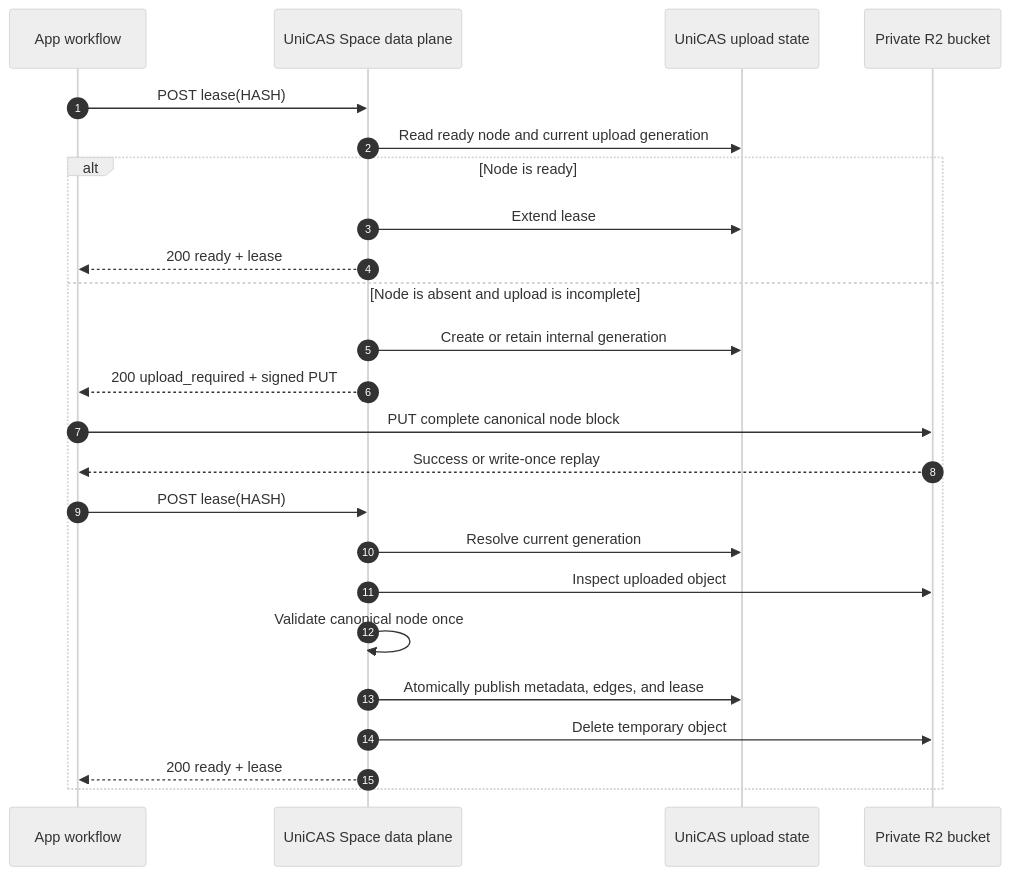
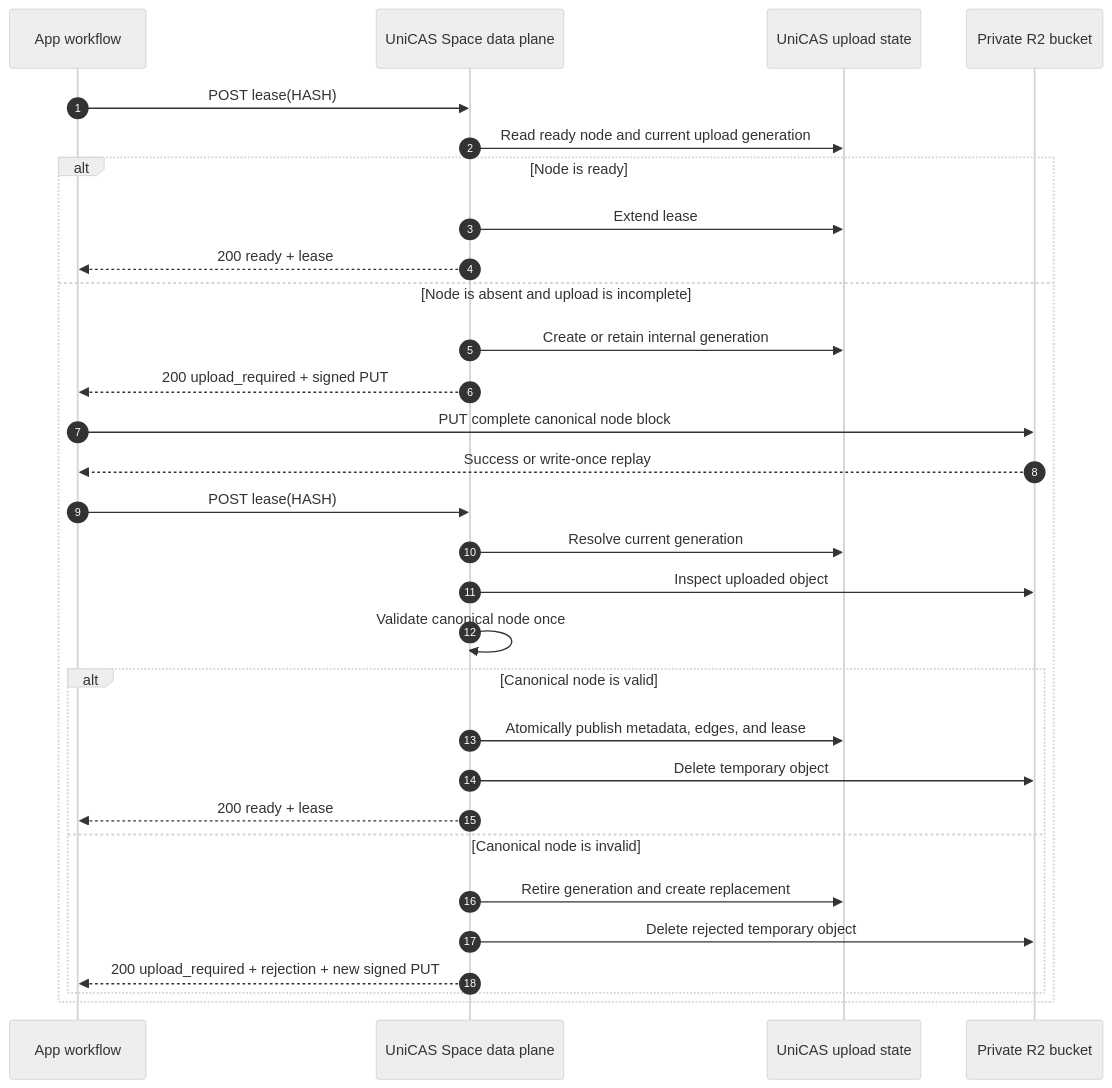
One commit to shazhou-ww/unicas changed the diagram in tasks/complete-direct-node-upload/LeaseUploadDesign.md. Above: the diagram before and after it, drawn with Mermaid (neutral theme). The commit also changed other lines of this file and 1 other file, not shown here.

Commit message:
docs: make rejected uploads recoverable

````diff
--- a/tasks/complete-direct-node-upload/LeaseUploadDesign.md
+++ b/tasks/complete-direct-node-upload/LeaseUploadDesign.md
@@ -91,27 +128,33 @@
 ```mermaid
 sequenceDiagram
     autonumber
     participant App as App workflow
     participant CAS as UniCAS Space data plane
     participant State as UniCAS upload state
     participant R2 as Private R2 bucket
 
     App->>CAS: POST lease(HASH)
     CAS->>State: Read ready node and current upload generation
     alt Node is ready
         CAS->>State: Extend lease
         CAS-->>App: 200 ready + lease
     else Node is absent and upload is incomplete
         CAS->>State: Create or retain internal generation
         CAS-->>App: 200 upload_required + signed PUT
         App->>R2: PUT complete canonical node block
         R2-->>App: Success or write-once replay
         App->>CAS: POST lease(HASH)
         CAS->>State: Resolve current generation
         CAS->>R2: Inspect uploaded object
         CAS->>CAS: Validate canonical node once
-        CAS->>State: Atomically publish metadata, edges, and lease
-        CAS->>R2: Delete temporary object
-        CAS-->>App: 200 ready + lease
+        alt Canonical node is valid
+            CAS->>State: Atomically publish metadata, edges, and lease
+            CAS->>R2: Delete temporary object
+            CAS-->>App: 200 ready + lease
+        else Canonical node is invalid
+            CAS->>State: Retire generation and create replacement
+            CAS->>R2: Delete rejected temporary object
+            CAS-->>App: 200 upload_required + rejection + new signed PUT
+        end
     end
 ```
````
